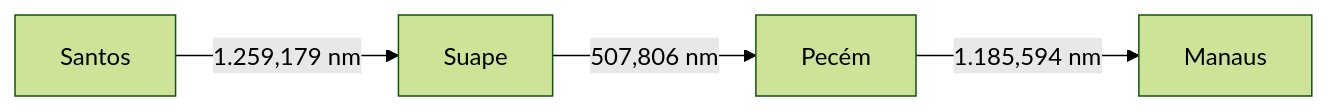
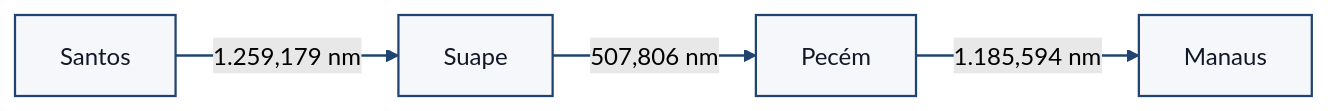
One commit to pennylanesccp/cabotage-lens changed the first of 6 diagrams in docs/tf_technical_article_draft.md. Above: the diagram before and after it, drawn with Mermaid (forest theme). The commit also changed other lines of this file and 7 other files, not shown here.

````diff
--- a/docs/tf_technical_article_draft.md
+++ b/docs/tf_technical_article_draft.md
@@ -489,6 +489,10 @@
 ```mermaid
 flowchart LR
-    S[Santos] -->|1.259,179 nm| U[Suape]
-    U -->|507,806 nm| P[Pecém]
-    P -->|1.185,594 nm| M[Manaus]
+    S["Santos"] -->|"1.259,179 nm"| U["Suape"]
+    U -->|"507,806 nm"| P["Pecém"]
+    P -->|"1.185,594 nm"| M["Manaus"]
+
+    classDef porto fill:#f5f7fa,stroke:#204470,color:#111827,stroke-width:1.5px;
+    class S,U,P,M porto;
+    linkStyle default stroke:#204470,stroke-width:1.6px;
 ```
````
